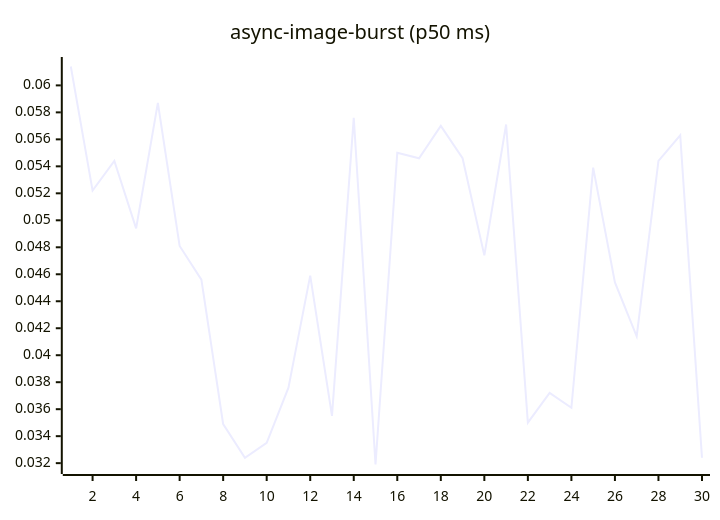
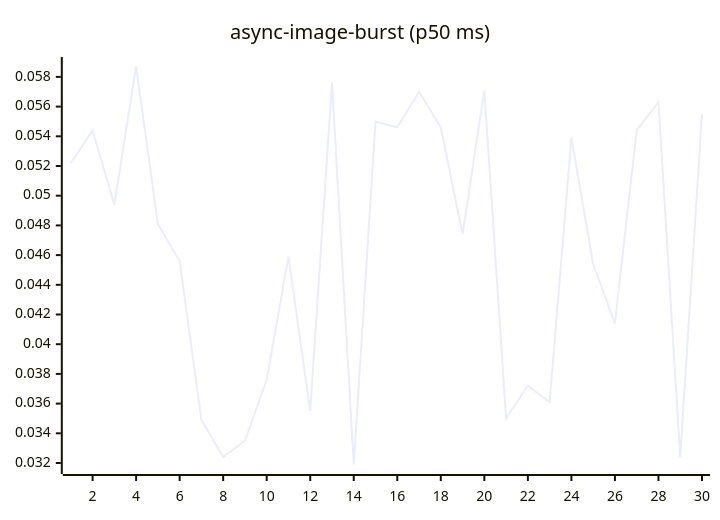
Before and after one commit to josha/Facet: the fourth of 27 diagrams in README.md, drawn with Mermaid. The commit also changed other lines of this file and 2 other files, not shown here.

````diff
--- a/README.md
+++ b/README.md
@@ -84,6 +84,6 @@
 ```mermaid
 xychart-beta
     title "async-image-burst (p50 ms)"
     x-axis 1 --> 30
-    line [0.0614, 0.0522, 0.0544, 0.0494, 0.0587, 0.0481, 0.0456, 0.0349, 0.0324, 0.0335, 0.0376, 0.0459, 0.0355, 0.0576, 0.0319, 0.0550, 0.0546, 0.0570, 0.0546, 0.0474, 0.0571, 0.0350, 0.0372, 0.0361, 0.0539, 0.0454, 0.0414, 0.0544, 0.0563, 0.0324]
+    line [0.0522, 0.0544, 0.0494, 0.0587, 0.0481, 0.0456, 0.0349, 0.0324, 0.0335, 0.0376, 0.0459, 0.0355, 0.0576, 0.0319, 0.0550, 0.0546, 0.0570, 0.0546, 0.0474, 0.0571, 0.0350, 0.0372, 0.0361, 0.0539, 0.0454, 0.0414, 0.0544, 0.0563, 0.0324, 0.0555]
 ```
````
